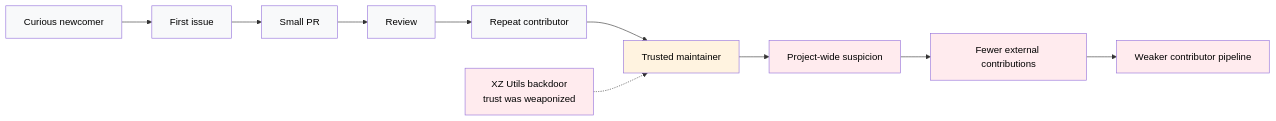
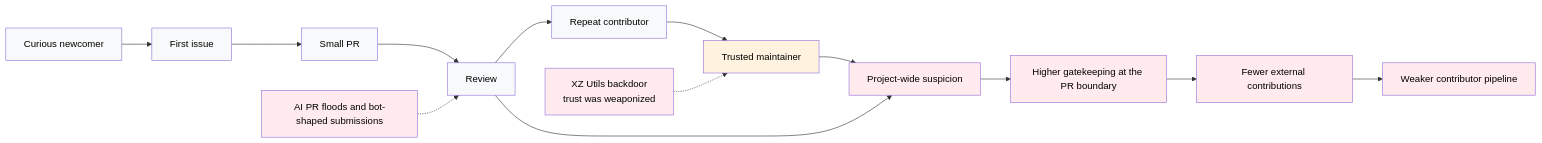
One commit to IndrajeetPatil/ai-poisoned-foss-well changed the diagram in index.qmd. Above: the diagram before and after it, drawn with Mermaid. The commit also changed other lines of this file and 2 other files, not shown here.

Commit message:
Refocus AI trust section; add social card assets
Reframes the trust-collapse section to emphasize AI's role: heading and explanatory text updated, mermaid flowchart extended with an AI PR floods node and additional gatekeeping/ pipeline nodes, and callout copy revised to reflect AI-driven suspicion. Adds the social-card-source.html artboard (source for the social-media-card) and replaces the social-media-card.png with an updated image.

````diff
--- a/index.qmd
+++ b/index.qmd
@@ -469,26 +469,31 @@
 ```{mermaid}
 %%| eval: true
 %%| echo: false
 flowchart LR
     A[Curious newcomer] --> B[First issue]
     B --> C[Small PR]
     C --> D[Review]
     D --> E[Repeat contributor]
     E --> F[Trusted maintainer]
 
     X[XZ Utils backdoor<br/>trust was weaponized] -.-> F
+    Y[AI PR floods and bot-shaped submissions] -.-> D
     F --> G[Project-wide suspicion]
-    G --> H[Fewer external contributions]
-    H --> I[Weaker contributor pipeline]
+    D --> G
+    G --> H[Higher gatekeeping at the PR boundary]
+    H --> I[Fewer external contributions]
+    I --> J[Weaker contributor pipeline]
 
     style A fill:#f8f9fa,color:#000
     style B fill:#f8f9fa,color:#000
     style C fill:#f8f9fa,color:#000
     style D fill:#f8f9fa,color:#000
     style E fill:#f8f9fa,color:#000
     style F fill:#fff3e0,color:#000
     style X fill:#ffebee,color:#000
+    style Y fill:#ffebee,color:#000
     style G fill:#ffebee,color:#000
     style H fill:#ffebee,color:#000
     style I fill:#ffebee,color:#000
+    style J fill:#ffebee,color:#000
 ```
````
